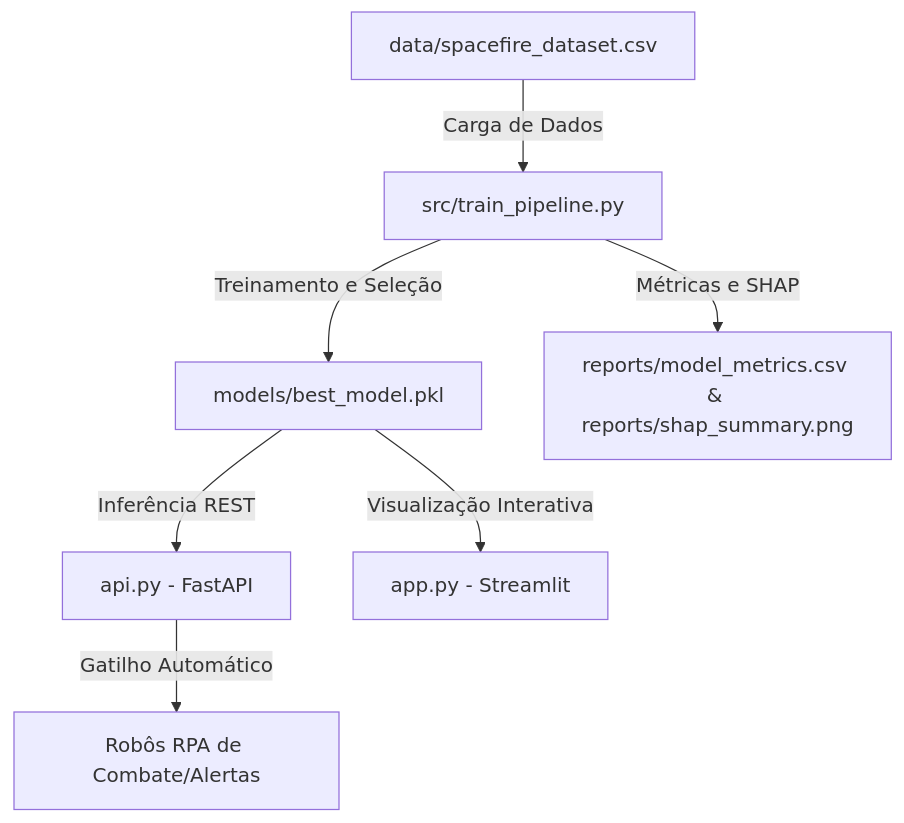
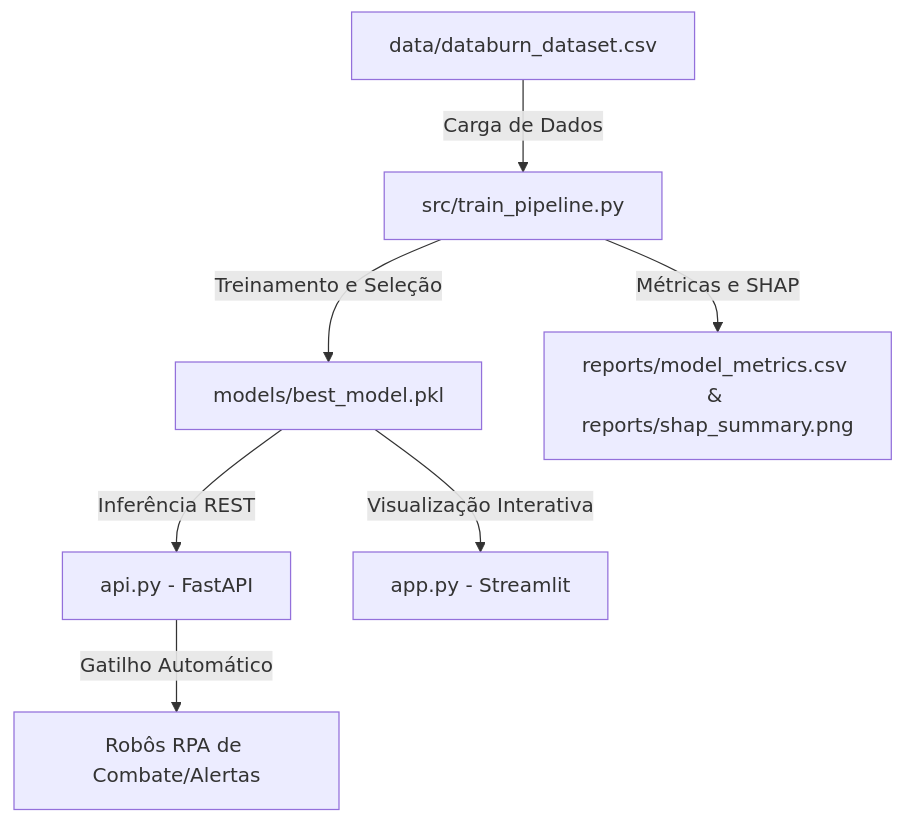
The diagram in README.md (RodriguesEric134/databurnIA), drawn with Mermaid before and after one commit. The commit also changed other lines of this file and 5 other files, not shown here.

````diff
--- a/README.md
+++ b/README.md
@@ -33,9 +33,9 @@
 ```mermaid
 graph TD
-    A[data/spacefire_dataset.csv] -->|Carga de Dados| B[src/train_pipeline.py]
+    A[data/databurn_dataset.csv] -->|Carga de Dados| B[src/train_pipeline.py]
     B -->|Treinamento e Seleção| C[models/best_model.pkl]
     B -->|Métricas e SHAP| D[reports/model_metrics.csv & reports/shap_summary.png]
     C -->|Inferência REST| E[api.py - FastAPI]
     C -->|Visualização Interativa| F[app.py - Streamlit]
     E -->|Gatilho Automático| G[Robôs RPA de Combate/Alertas]
 ```
````
